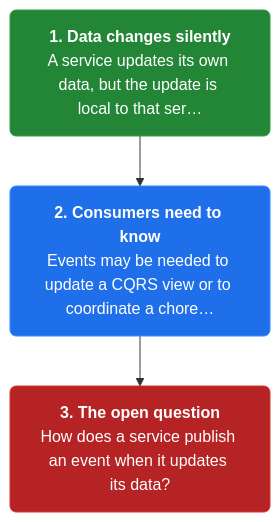
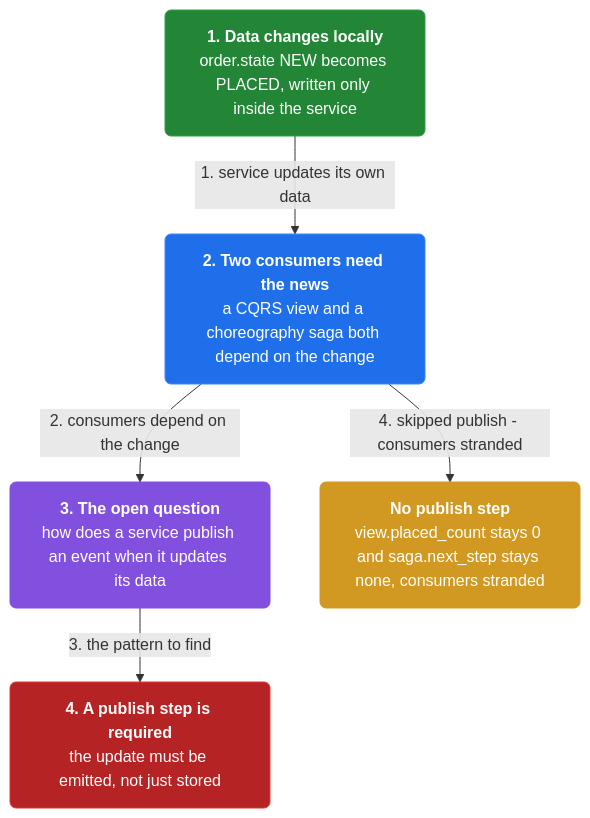
One commit to vinayakuber/microservices-io-study-guide changed the first of 3 diagrams in docs/ch17-domain-event.md. Above: the diagram before and after it, drawn with Mermaid. The commit also changed other lines of this file and 46 other files, not shown here.

First line of the commit message:
Author rich branching flow diagrams for all 44 chapters

````diff
--- a/docs/ch17-domain-event.md
+++ b/docs/ch17-domain-event.md
@@ -13,11 +13,17 @@
 ```mermaid
 flowchart TD
-  classDef step fill:#1f6feb,color:#ffffff,stroke:#388bfd,stroke-width:1px,rx:6
+  classDef step fill:#1f6feb,color:#ffffff,stroke:#388bfd,rx:6
+  classDef core fill:#8250df,color:#ffffff,stroke:#8250df,rx:6
+  classDef warn fill:#d29922,color:#ffffff,stroke:#d29922,rx:6
   classDef start fill:#238636,color:#ffffff,stroke:#2ea043,rx:6
   classDef stop fill:#b62324,color:#ffffff,stroke:#da3633,rx:6
-  s0n0["<b>1. Data changes silently</b><br/>A service updates its own data, but the update is local to that ser…"]:::start
-  s0n1["<b>2. Consumers need to know</b><br/>Events may be needed to update a CQRS view or to coordinate a chore…"]:::step
-  s0n2["<b>3. The open question</b><br/>How does a service publish an event when it updates its data?"]:::stop
-  s0n0 --> s0n1
-  s0n1 --> s0n2
+  n0["<b>1. Data changes locally</b><br/>order.state NEW becomes PLACED, written only inside the service"]:::start
+  n1["<b>2. Two consumers need the news</b><br/>a CQRS view and a choreography saga both depend on the change"]:::step
+  n2["<b>3. The open question</b><br/>how does a service publish an event when it updates its data"]:::core
+  n3["<b>4. A publish step is required</b><br/>the update must be emitted, not just stored"]:::stop
+  n4["<b>No publish step</b><br/>view.placed_count stays 0 and saga.next_step stays none, consumers stranded"]:::warn
+  n0 -->|"1. service updates its own data"| n1
+  n1 -->|"2. consumers depend on the change"| n2
+  n2 -->|"3. the pattern to find"| n3
+  n1 -->|"4. skipped publish - consumers stranded"| n4
 ```
````
